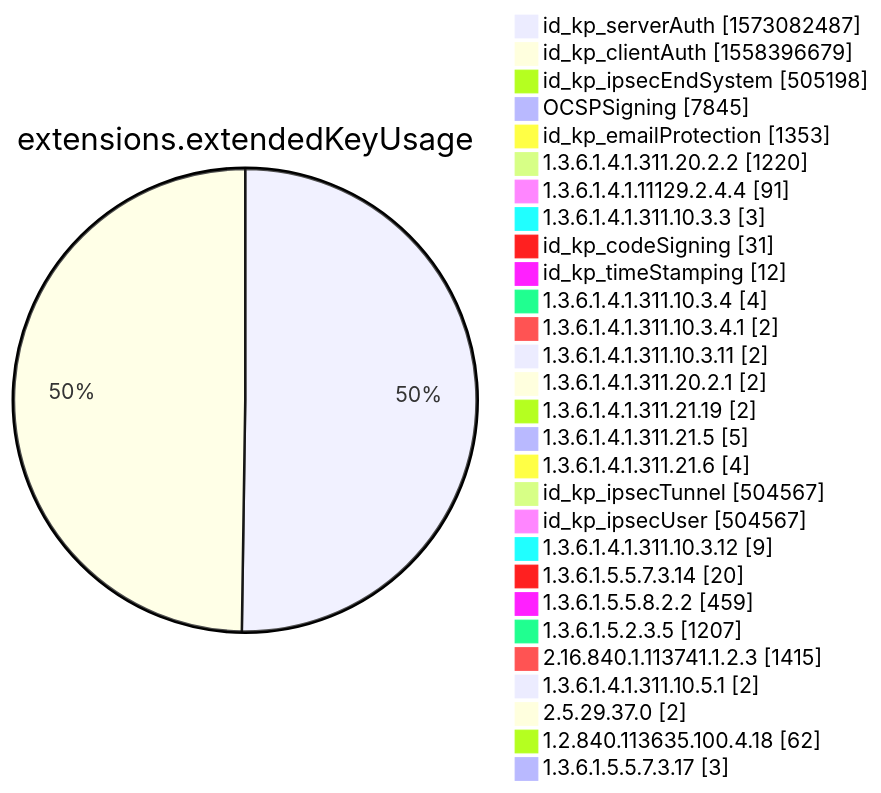
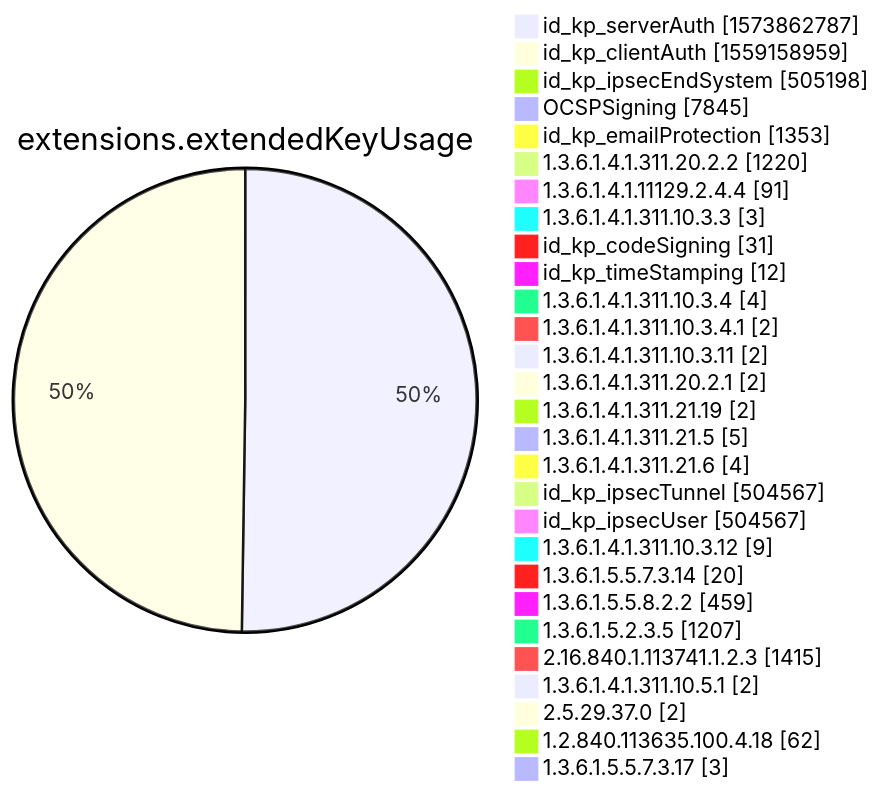
Before and after one commit to christiankrug/ctmonitor_visualization: diagram 12 of 15 in xenon2022/README.md, drawn with Mermaid. The commit also changed other lines of this file, not shown here.

````diff
--- a/xenon2022/README.md
+++ b/xenon2022/README.md
@@ -3883,32 +3883,32 @@
 ```mermaid
 pie showData
 title extensions.extendedKeyUsage
-"id_kp_serverAuth" :1573082487
-"id_kp_clientAuth" :1558396679
+"id_kp_serverAuth" :1573862787
+"id_kp_clientAuth" :1559158959
 "id_kp_ipsecEndSystem" :505198
 "OCSPSigning" :7845
 "id_kp_emailProtection" :1353
 "1.3.6.1.4.1.311.20.2.2" :1220
 "1.3.6.1.4.1.11129.2.4.4" :91
 "1.3.6.1.4.1.311.10.3.3" :3
 "id_kp_codeSigning" :31
 "id_kp_timeStamping" :12
 "1.3.6.1.4.1.311.10.3.4" :4
 "1.3.6.1.4.1.311.10.3.4.1" :2
 "1.3.6.1.4.1.311.10.3.11" :2
 "1.3.6.1.4.1.311.20.2.1" :2
 "1.3.6.1.4.1.311.21.19" :2
 "1.3.6.1.4.1.311.21.5" :5
 "1.3.6.1.4.1.311.21.6" :4
 "id_kp_ipsecTunnel" :504567
 "id_kp_ipsecUser" :504567
 "1.3.6.1.4.1.311.10.3.12" :9
 "1.3.6.1.5.5.7.3.14" :20
 "1.3.6.1.5.5.8.2.2" :459
 "1.3.6.1.5.2.3.5" :1207
 "2.16.840.1.113741.1.2.3" :1415
 "1.3.6.1.4.1.311.10.5.1" :2
 "2.5.29.37.0" :2
 "1.2.840.113635.100.4.18" :62
 "1.3.6.1.5.5.7.3.17" :3
 ```
````
